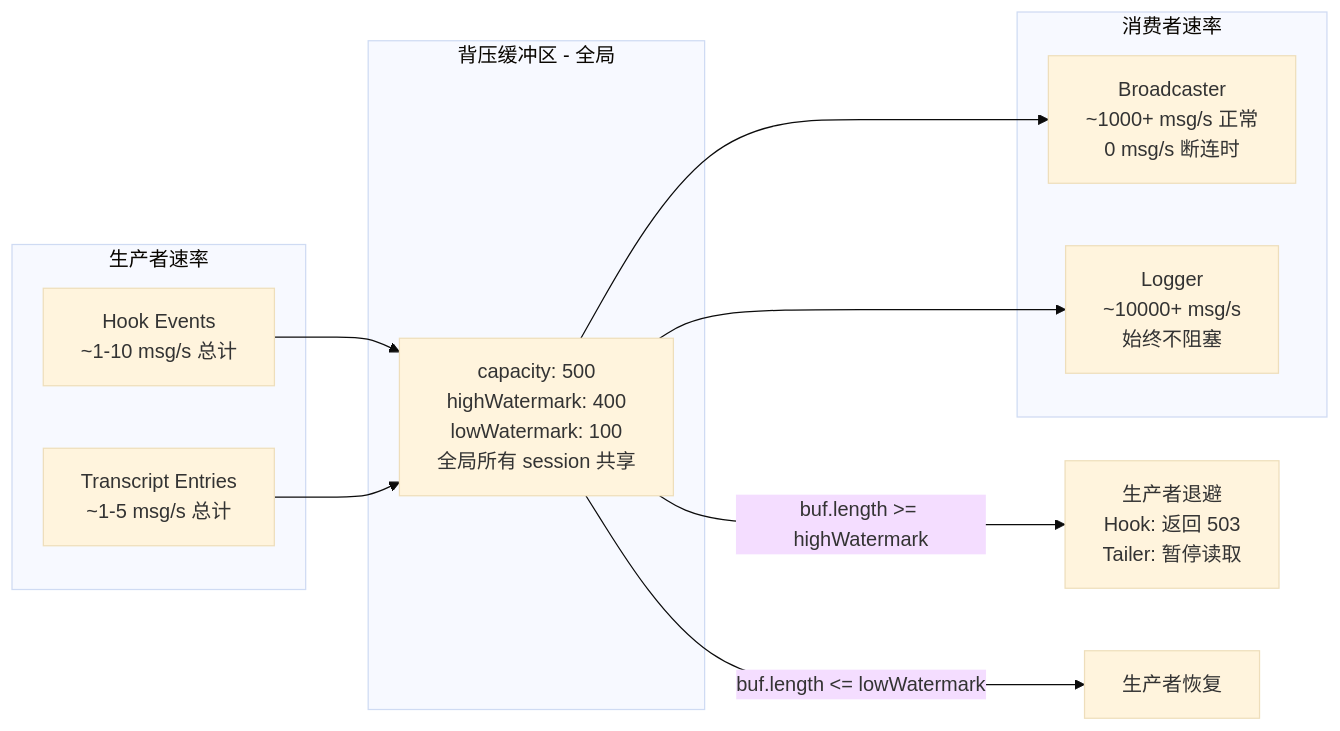
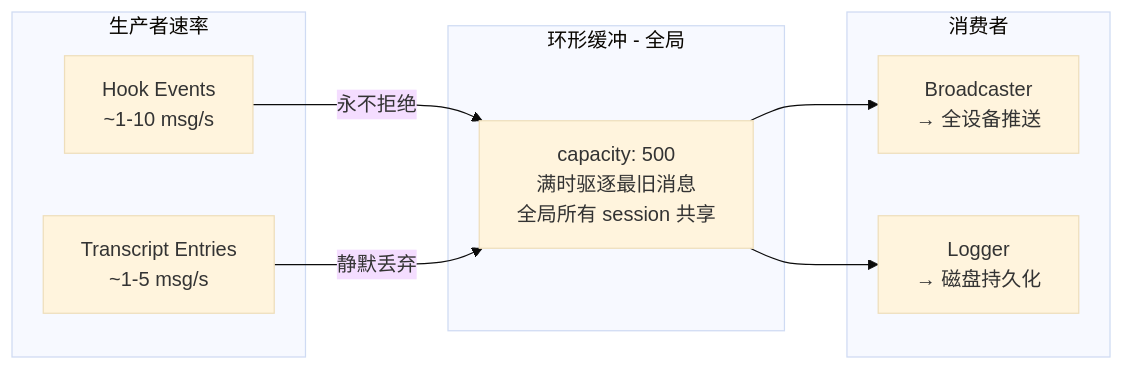
Before and after one commit to Menfre01/mypilot: the fourth of 10 diagrams in docs/transcript-tailer-architecture.md, drawn with Mermaid (base theme). The commit also changed other lines of this file and 25 other files, not shown here.

````diff
--- a/docs/transcript-tailer-architecture.md
+++ b/docs/transcript-tailer-architecture.md
@@ -270,24 +250,21 @@
 ```mermaid
 flowchart LR
     subgraph PROD[生产者速率]
-        P1[Hook Events<br/>~1-10 msg/s 总计]
-        P2[Transcript Entries<br/>~1-5 msg/s 总计]
+        P1[Hook Events<br/>~1-10 msg/s]
+        P2[Transcript Entries<br/>~1-5 msg/s]
     end
 
-    subgraph BP[背压缓冲区 - 全局]
-        BUF[capacity: 500<br/>highWatermark: 400<br/>lowWatermark: 100<br/>全局所有 session 共享]
+    subgraph BUF[环形缓冲 - 全局]
+        RB[capacity: 500<br/>满时驱逐最旧消息<br/>全局所有 session 共享]
     end
 
-    subgraph CONS[消费者速率]
-        C1[Broadcaster<br/>~1000+ msg/s 正常<br/>0 msg/s 断连时]
-        C2[Logger<br/>~10000+ msg/s<br/>始终不阻塞]
+    subgraph CONS[消费者]
+        C1[Broadcaster<br/>→ 全设备推送]
+        C2[Logger<br/>→ 磁盘持久化]
     end
 
-    P1 --> BUF
-    P2 --> BUF
-    BUF --> C1
-    BUF --> C2
-
-    BUF -->|"buf.length >= highWatermark"| BACKOFF[生产者退避<br/>Hook: 返回 503<br/>Tailer: 暂停读取]
-    BUF -->|"buf.length <= lowWatermark"| RESUME[生产者恢复]
+    P1 -->|永不拒绝| RB
+    P2 -->|静默丢弃| RB
+    RB --> C1
+    RB --> C2
 ```
````
